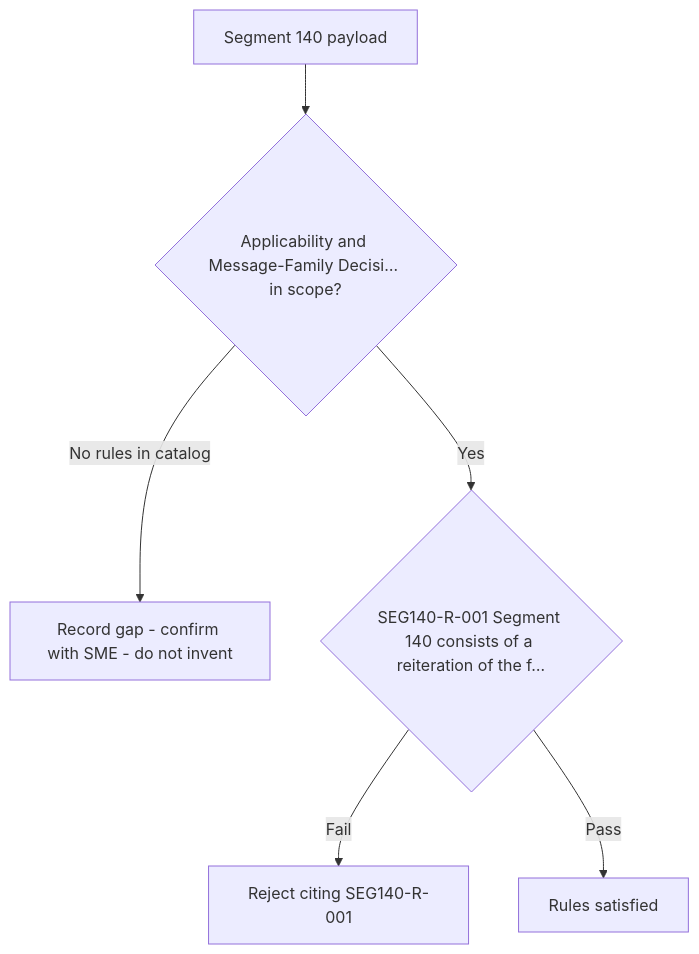
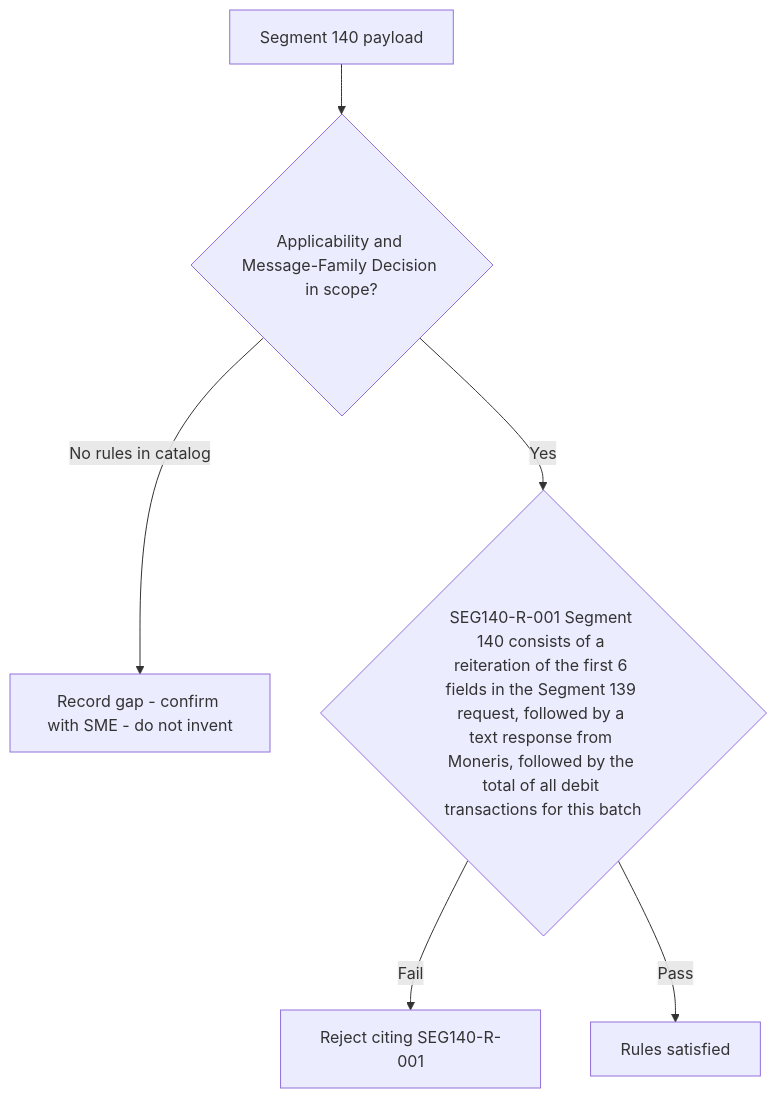
Before and after one commit to DhanSingh-hub/core-auth-ai-validation-framework: the diagram in regression-artifact-validator/specifications/ATL105/docs/specs/kb/segment-140/applicability-decision-flow.md, drawn with Mermaid. The commit also changed 150 other files, not shown here.

````diff
--- a/regression-artifact-validator/specifications/ATL105/docs/specs/kb/segment-140/applicability-decision-flow.md
+++ b/regression-artifact-validator/specifications/ATL105/docs/specs/kb/segment-140/applicability-decision-flow.md
@@ -3,8 +3,8 @@
 ```mermaid
 flowchart TD
-    A[Segment 140 payload] --> B{Applicability and Message-Family Decisi… in scope?}
+    A[Segment 140 payload] --> B{Applicability and Message-Family Decision in scope?}
     B -->|No rules in catalog| G[Record gap - confirm with SME - do not invent]
-    B -->|Yes| R1{SEG140-R-001 Segment 140 consists of a reiteration of the f…}
+    B -->|Yes| R1{SEG140-R-001 Segment 140 consists of a reiteration of the first 6 fields in the Segment 139 request, followed by a text response from Moneris, followed by the total of all debit transactions for this batch}
     R1 -->|Fail| X1[Reject citing SEG140-R-001]
     R1 -->|Pass| Z[Rules satisfied]
 ```
````
